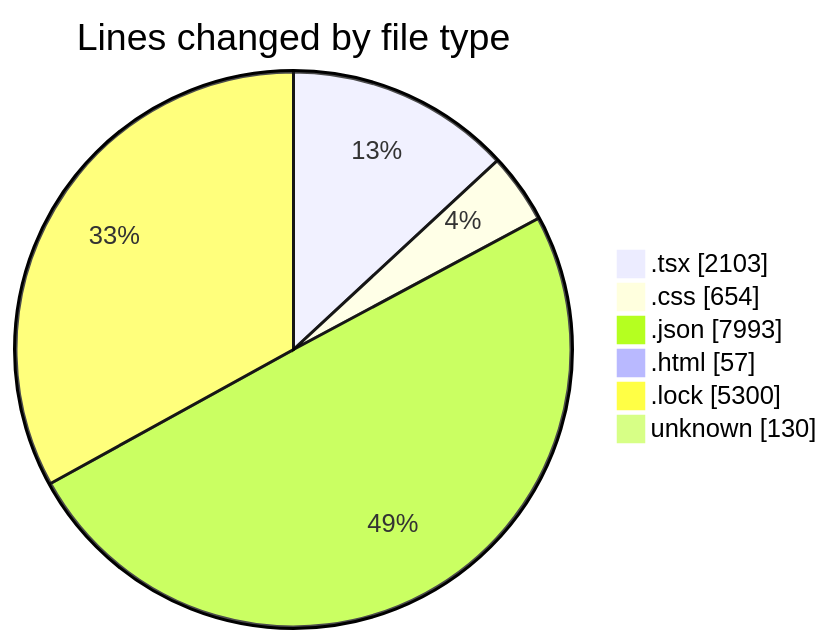
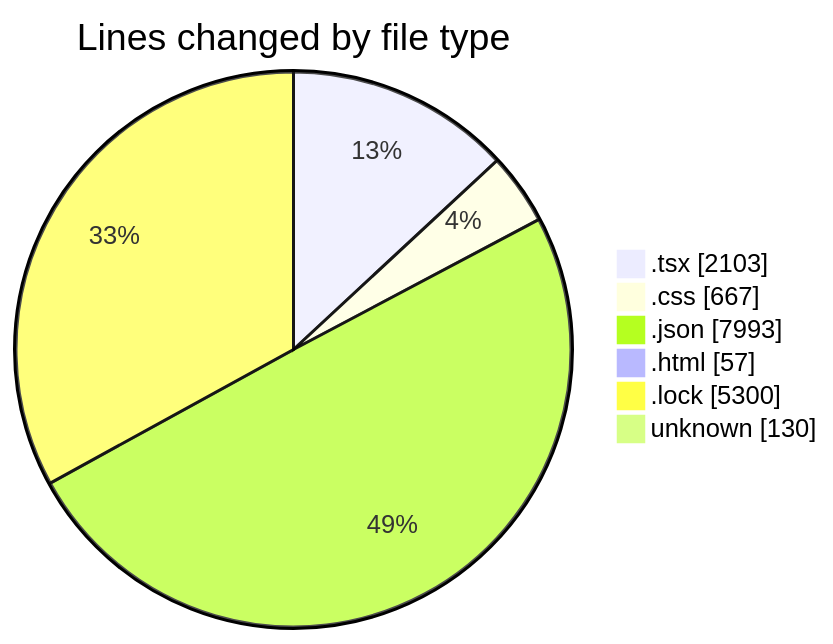
The first of 2 diagrams in 2025-08-12/ribbon/README.md (EIIisD/code-tracking), drawn with Mermaid before and after one commit. The commit also changed other lines of this file and 1 other file, not shown here.

````diff
--- a/2025-08-12/ribbon/README.md
+++ b/2025-08-12/ribbon/README.md
@@ -36,10 +36,10 @@
 ```mermaid
 pie showData
 title Lines changed by file type
 ".tsx" : 2103
-".css" : 654
+".css" : 667
 ".json" : 7993
 ".html" : 57
 ".lock" : 5300
 "unknown" : 130
 ```
````
